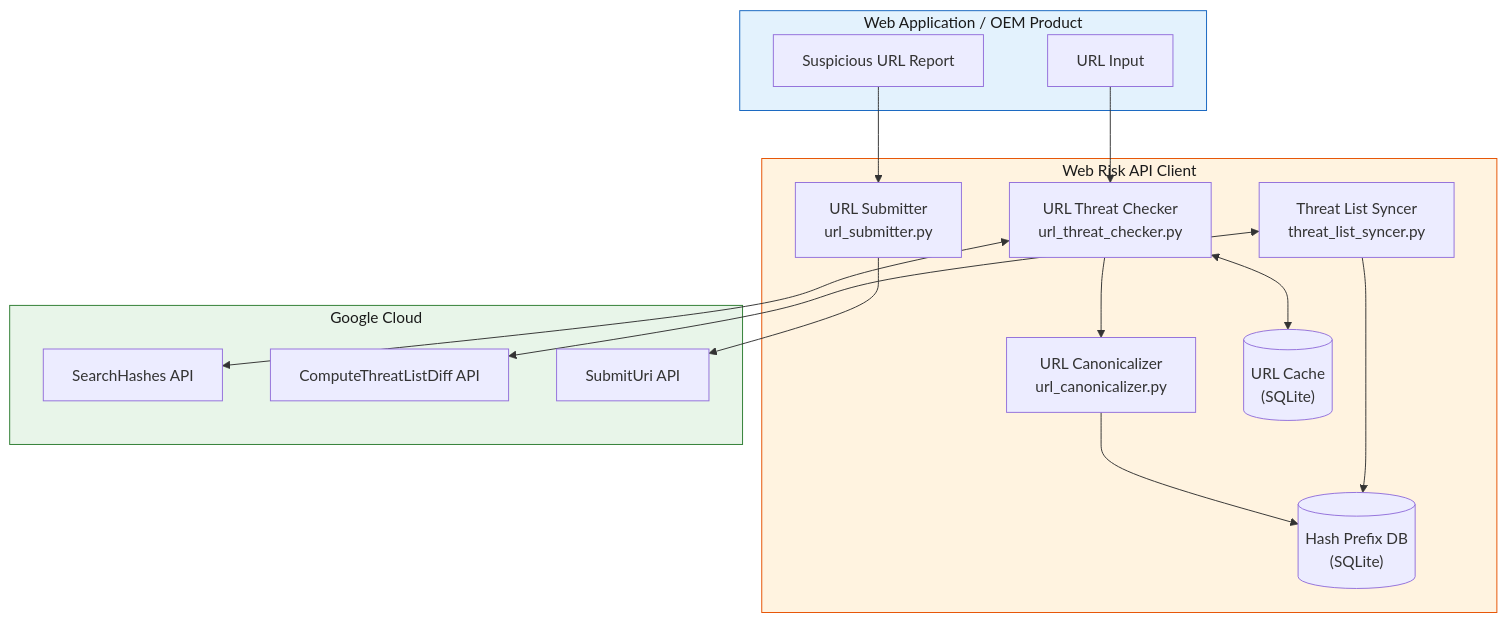
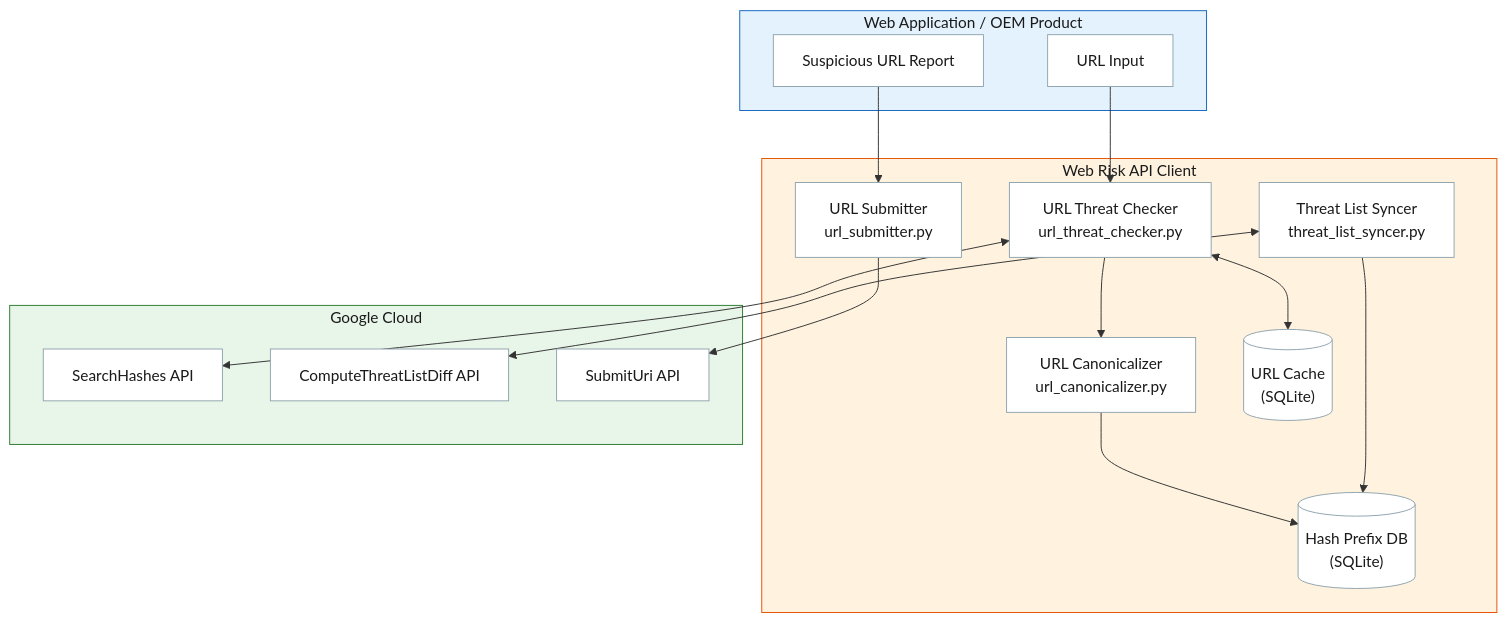
The first of 9 diagrams in WORKFLOW_GUIDE.md (kataroya/web-risk-cli), drawn with Mermaid before and after one commit. The commit also changed other lines of this file, not shown here.

Commit message:
style: Enhance flowchart styles for improved visual clarity in Workflow Guide

````diff
--- a/WORKFLOW_GUIDE.md
+++ b/WORKFLOW_GUIDE.md
@@ -38,36 +38,47 @@
 ```mermaid
 graph TB
     subgraph APP["Web Application / OEM Product"]
         URL_INPUT["URL Input"]
         SUSPICIOUS["Suspicious URL Report"]
     end
 
     subgraph CLIENT["Web Risk API Client"]
         CHECKER["URL Threat Checker<br/>url_threat_checker.py"]
         CANON["URL Canonicalizer<br/>url_canonicalizer.py"]
         SYNCER["Threat List Syncer<br/>threat_list_syncer.py"]
         SUBMITTER["URL Submitter<br/>url_submitter.py"]
         CACHE[("URL Cache<br/>(SQLite)")]
         HASHDB[("Hash Prefix DB<br/>(SQLite)")]
     end
 
     subgraph GOOGLE["Google Cloud"]
         SEARCH_API["SearchHashes API"]
         DIFF_API["ComputeThreatListDiff API"]
         SUBMIT_API["SubmitUri API"]
     end
 
     URL_INPUT --> CHECKER
     CHECKER <--> CACHE
     CHECKER --> CANON
     CHECKER <--> SEARCH_API
     CANON --> HASHDB
     SYNCER <--> DIFF_API
     SYNCER --> HASHDB
     SUSPICIOUS --> SUBMITTER
     SUBMITTER --> SUBMIT_API
 
     style APP fill:#e3f2fd,stroke:#1565c0,color:#1a1a1a
     style CLIENT fill:#fff3e0,stroke:#e65100,color:#1a1a1a
     style GOOGLE fill:#e8f5e9,stroke:#2e7d32,color:#1a1a1a
+    style URL_INPUT fill:#ffffff,stroke:#90a4ae,color:#1a1a1a
+    style SUSPICIOUS fill:#ffffff,stroke:#90a4ae,color:#1a1a1a
+    style CHECKER fill:#ffffff,stroke:#90a4ae,color:#1a1a1a
+    style CANON fill:#ffffff,stroke:#90a4ae,color:#1a1a1a
+    style SYNCER fill:#ffffff,stroke:#90a4ae,color:#1a1a1a
+    style SUBMITTER fill:#ffffff,stroke:#90a4ae,color:#1a1a1a
+    style CACHE fill:#ffffff,stroke:#90a4ae,color:#1a1a1a
+    style HASHDB fill:#ffffff,stroke:#90a4ae,color:#1a1a1a
+    style SEARCH_API fill:#ffffff,stroke:#90a4ae,color:#1a1a1a
+    style DIFF_API fill:#ffffff,stroke:#90a4ae,color:#1a1a1a
+    style SUBMIT_API fill:#ffffff,stroke:#90a4ae,color:#1a1a1a
 ```
````
